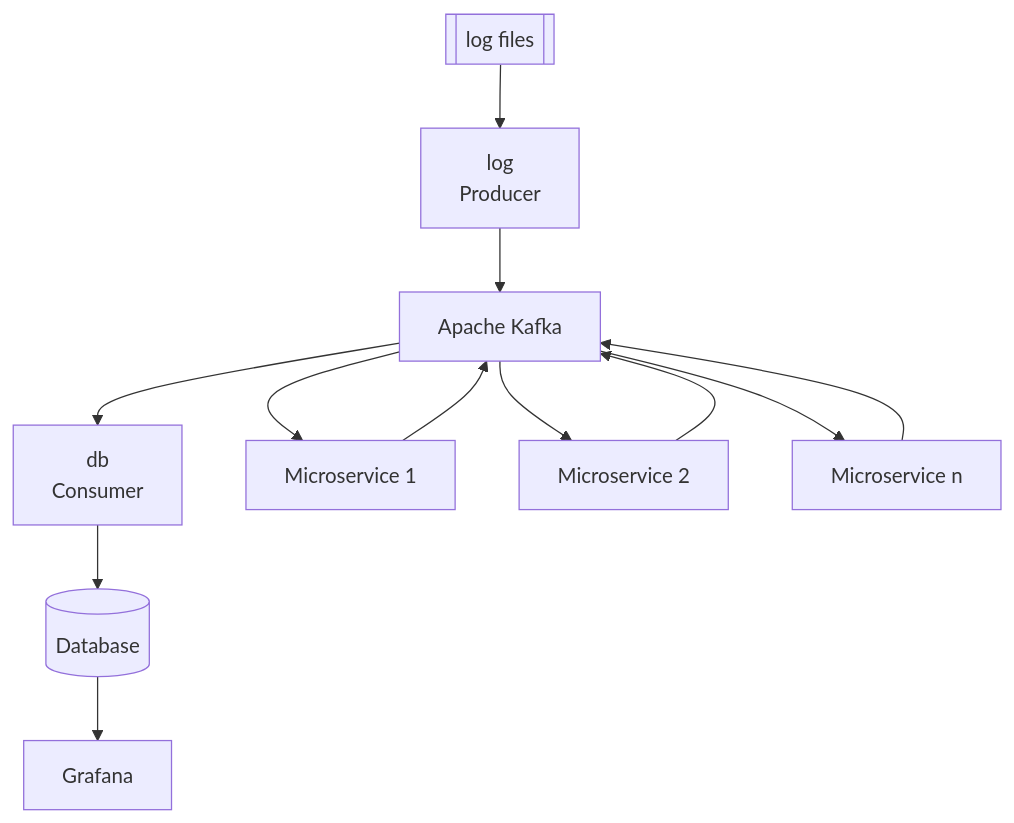
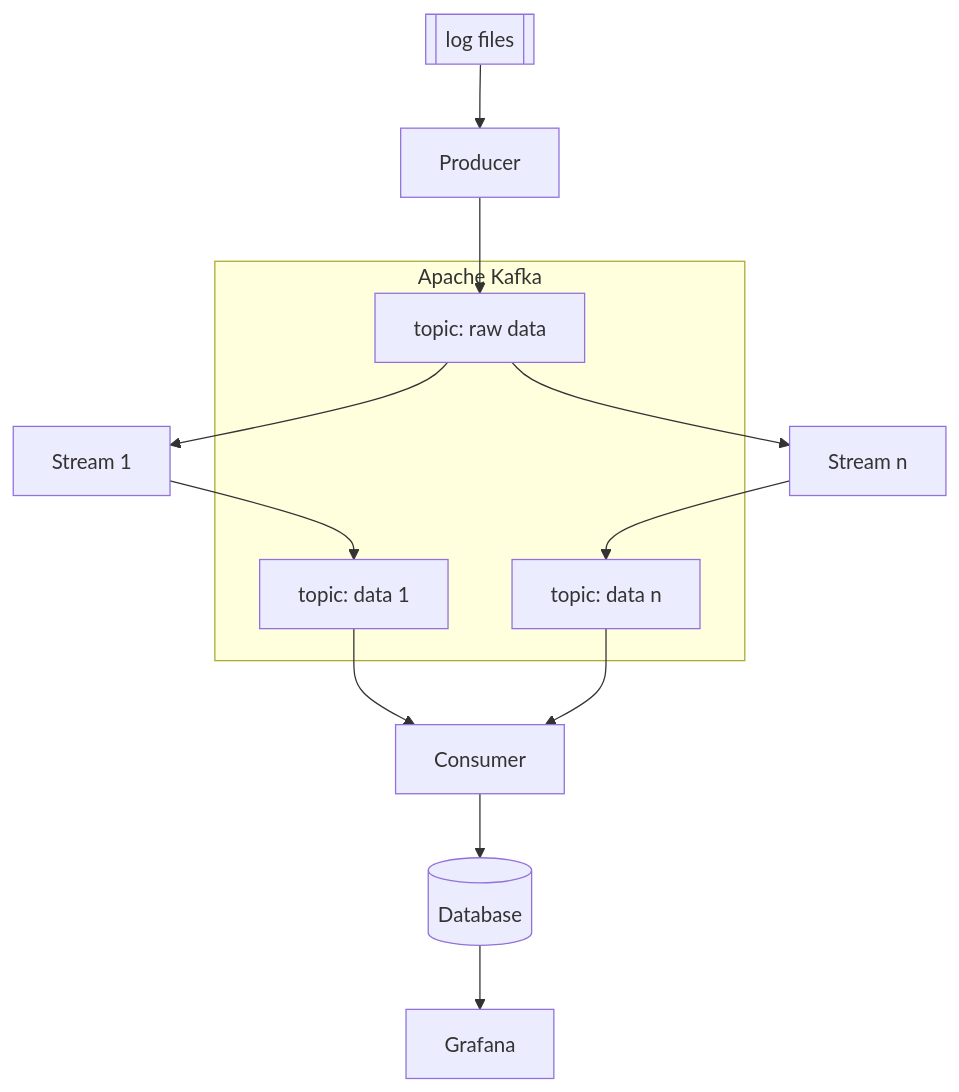
One commit to tomwey2/linux-syslog-analysis-with-kafka changed the diagram in README.md. Above: the diagram before and after it, drawn with Mermaid. The commit also changed 10 other files, not shown here.

Commit message:
improved SyslogKafkaStreamFailedLogin

````diff
--- a/README.md
+++ b/README.md
@@ -24,18 +24,23 @@
 ```mermaid
-flowchart TD
-    idKafka[Apache Kafka]
+flowchart
+    idLog[[log files]]
+    idProducer[Producer]
+    idLog --> idProducer
+    idWorker1[Stream 1]
+    idWorkerN[Stream n]
+    idConsumer[Consumer]
     idDb[(Database)]
-    idLog[[log files]]
-    idProducer[log \n Producer]
-    idConsumer[db \n Consumer]
     idGrafana[Grafana]
-    idWorker1[Microservice 1]
-    idWorker2[Microservice 2]
-    idWorkerN[Microservice n]
-    idLog --> idProducer
-    idProducer --> idKafka
-    idKafka --> idWorker1 --> idKafka
-    idKafka --> idWorker2 --> idKafka
-    idKafka --> idWorkerN --> idKafka
-    idKafka --> idConsumer --> idDb --> idGrafana
+    subgraph idKafka[Apache Kafka]
+        idTopicRaw[topic: raw data]
+        idTopicData1[topic: data 1]
+        idTopicDataN[topic: data n]
+    end
+    idConsumer --> idDb
+    idDb --> idGrafana
+    idProducer --> idTopicRaw
+    idTopicRaw --> idWorker1 --> idTopicData1
+    idTopicRaw --> idWorkerN --> idTopicDataN
+    idTopicData1 --> idConsumer
+    idTopicDataN --> idConsumer
 ```
````
